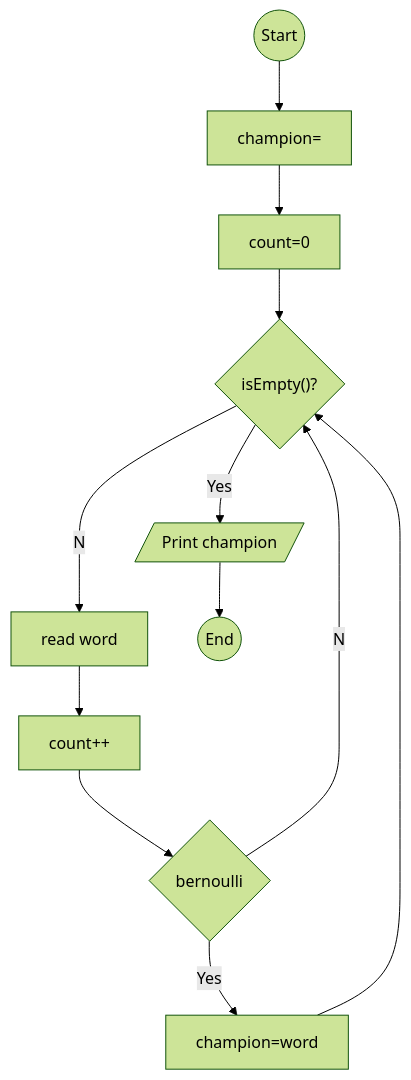
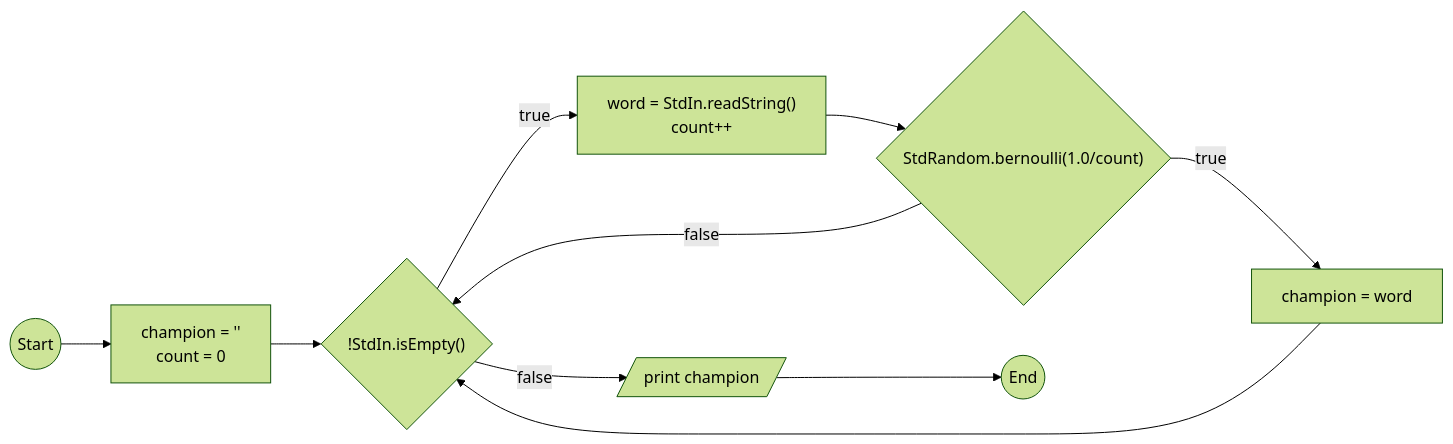
One commit to AmpongJkevin2/Flowchart- changed the diagram in problemSet1/RandomWord.mmd. Above: the diagram before and after it, drawn with Mermaid (forest theme). The commit also changed 6 other files, not shown here.

```diff
--- a/problemSet1/RandomWord.mmd
+++ b/problemSet1/RandomWord.mmd
@@ -1,1 +1,10 @@
-graph TD; A((Start))-->B["champion="]; B-->C["count=0"]; C-->D{"isEmpty()?"}; D--No-->E["read word"]; E-->F["count++"]; F-->G{"bernoulli"}; G--Yes-->H["champion=word"]; H-->D; G--No-->D; D--Yes-->I[/Print champion/]-->J((End));
+graph LR;
+    A((Start)) --> B["champion = ''<br>count = 0"];
+    B --> C{"!StdIn.isEmpty()"};
+    C -- "true" --> D["word = StdIn.readString()<br>count++"];
+    D --> E{"StdRandom.bernoulli(1.0/count)"};
+    E -- "true" --> F["champion = word"];
+    F --> C;
+    E -- "false" --> C;
+    C -- "false" --> G[/print champion/];
+    G --> H((End));
```
